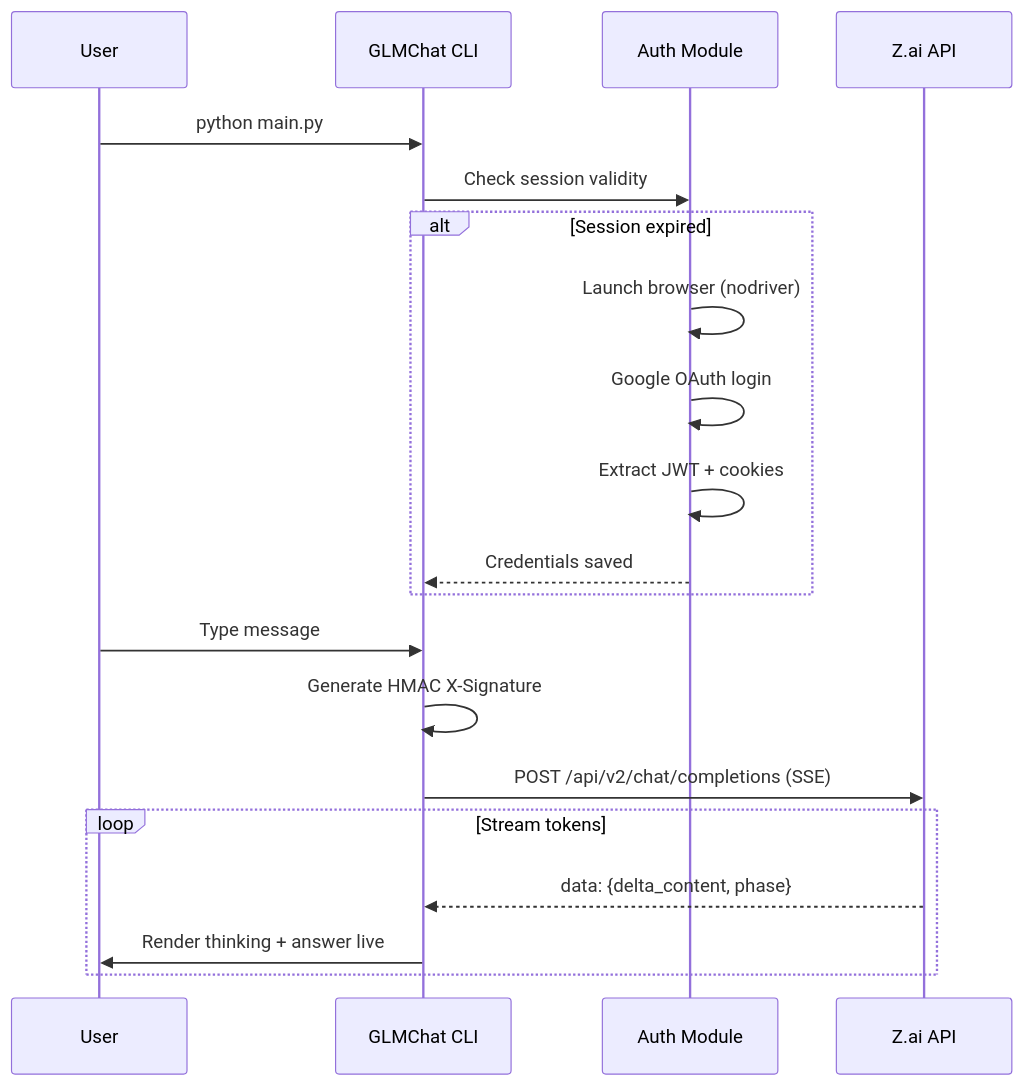
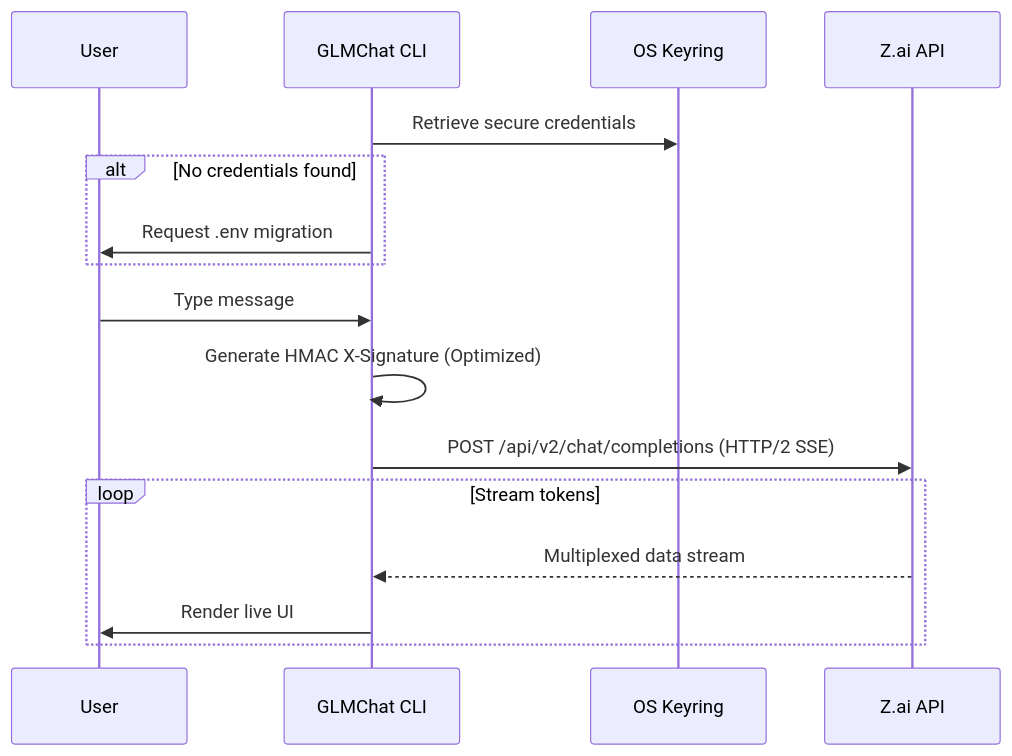
Before and after one commit to TecTroncoso/GLMChat: the diagram in README.md, drawn with Mermaid. The commit also changed other lines of this file, not shown here.

Commit message:
Docs: Update README with Phase 1 optimizations and security features

````diff
--- a/README.md
+++ b/README.md
@@ -158,23 +126,19 @@
 ```mermaid
 sequenceDiagram
     participant User
     participant CLI as GLMChat CLI
-    participant Auth as Auth Module
+    participant OS as OS Keyring
     participant API as Z.ai API
 
-    User->>CLI: python main.py
-    CLI->>Auth: Check session validity
-    alt Session expired
-        Auth->>Auth: Launch browser (nodriver)
-        Auth->>Auth: Google OAuth login
-        Auth->>Auth: Extract JWT + cookies
-        Auth-->>CLI: Credentials saved
+    CLI->>OS: Retrieve secure credentials
+    alt No credentials found
+        CLI->>User: Request .env migration
     end
     User->>CLI: Type message
-    CLI->>CLI: Generate HMAC X-Signature
-    CLI->>API: POST /api/v2/chat/completions (SSE)
+    CLI->>CLI: Generate HMAC X-Signature (Optimized)
+    CLI->>API: POST /api/v2/chat/completions (HTTP/2 SSE)
     loop Stream tokens
-        API-->>CLI: data: {delta_content, phase}
-        CLI->>User: Render thinking + answer live
+        API-->>CLI: Multiplexed data stream
+        CLI->>User: Render live UI
     end
 ```
````
